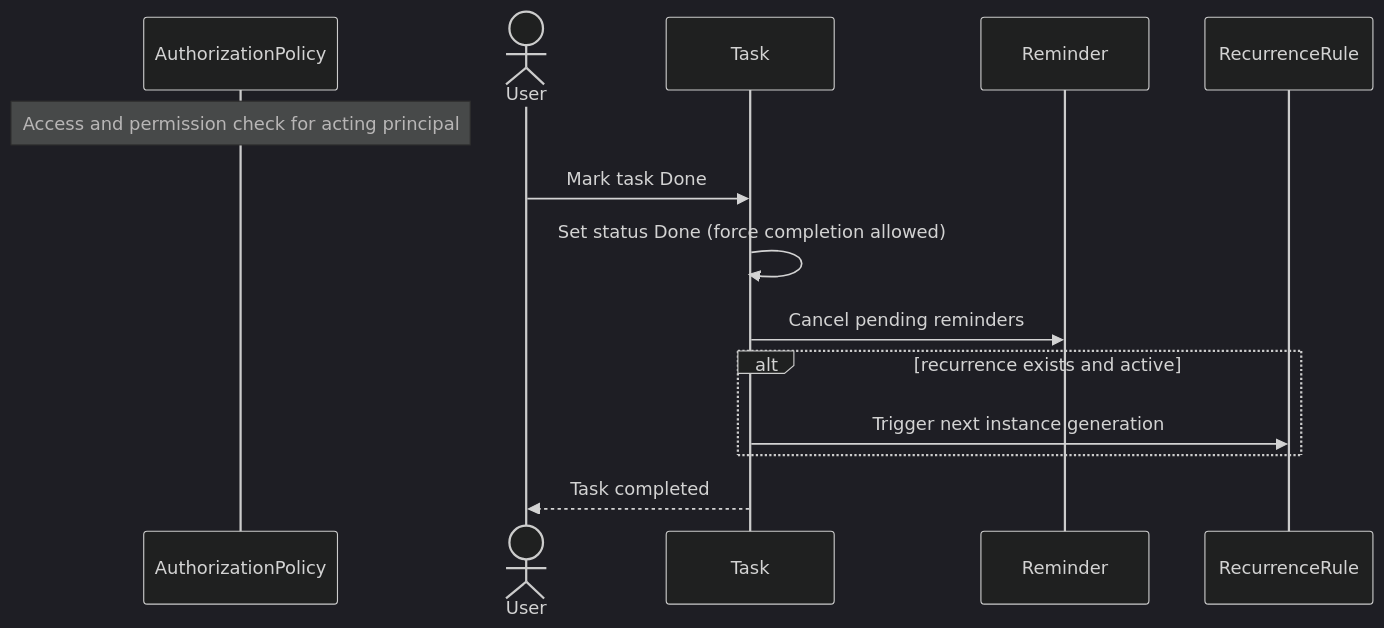
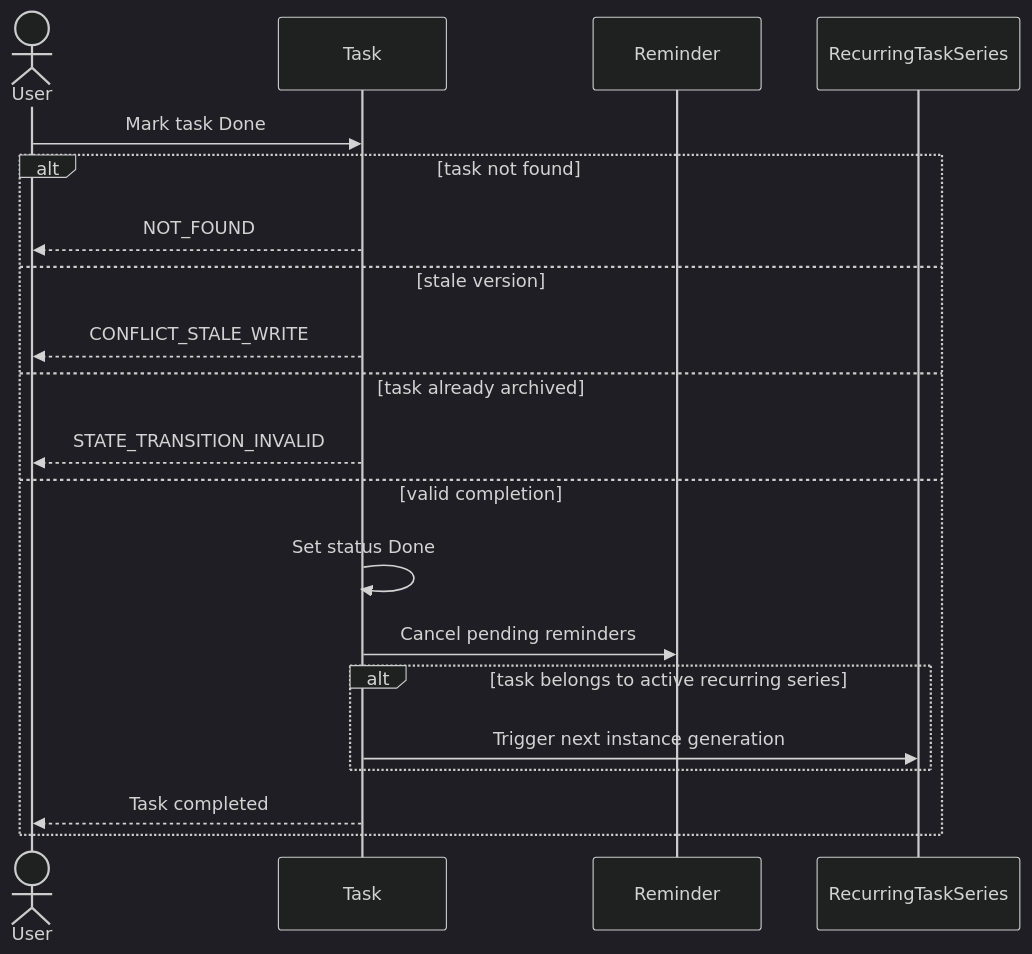
One commit to ChidiRnweke/margin changed the fifth of 15 diagrams in architecture/sequence-diagrams/03-tasks-recurrence.md. Above: the diagram before and after it, drawn with Mermaid (dark theme). The commit also changed other lines of this file and 12 other files, not shown here.

Commit message:
Enhance sequence diagrams and introduce traceability matrix

````diff
--- a/architecture/sequence-diagrams/03-tasks-recurrence.md
+++ b/architecture/sequence-diagrams/03-tasks-recurrence.md
@@ -76,16 +115,22 @@
 ```mermaid
 sequenceDiagram
-    participant G as AuthorizationPolicy
-    Note over G: Access and permission check for acting principal
     actor U as User
     participant T as Task
     participant R as Reminder
-    participant C as RecurrenceRule
+    participant S as RecurringTaskSeries
     U->>T: Mark task Done
-    T->>T: Set status Done (force completion allowed)
-    T->>R: Cancel pending reminders
-    alt recurrence exists and active
-      T->>C: Trigger next instance generation
+    alt task not found
+        T-->>U: NOT_FOUND
+    else stale version
+        T-->>U: CONFLICT_STALE_WRITE
+    else task already archived
+        T-->>U: STATE_TRANSITION_INVALID
+    else valid completion
+        T->>T: Set status Done
+        T->>R: Cancel pending reminders
+        alt task belongs to active recurring series
+            T->>S: Trigger next instance generation
+        end
+        T-->>U: Task completed
     end
-    T-->>U: Task completed
 ```
````
